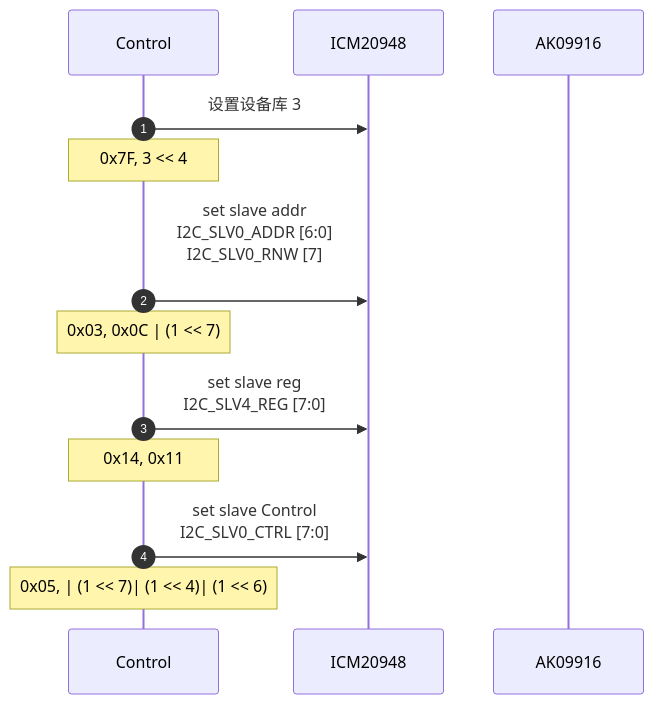
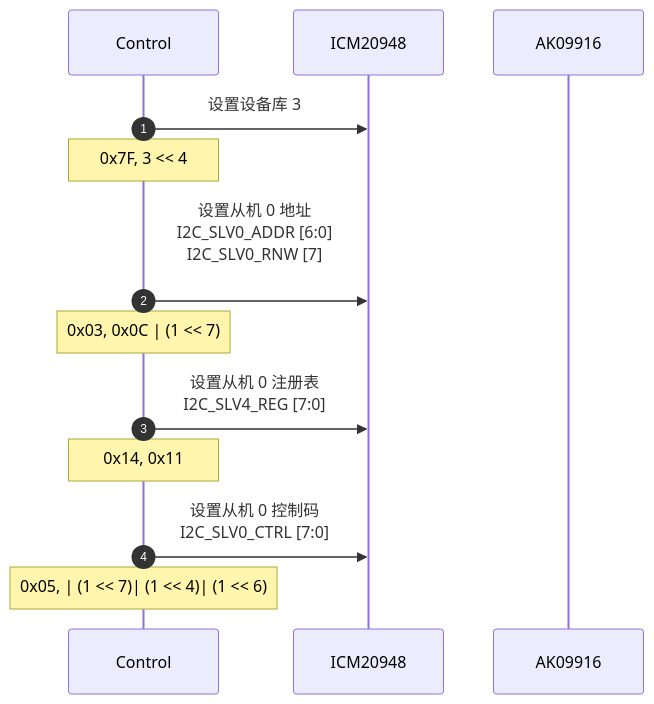
One commit to hkdickyko/hkdickyko.github.io changed the seventh of 7 diagrams in _posts/2025-04-06-mdchart.md. Above: the diagram before and after it, drawn with Mermaid. The commit also changed other lines of this file, not shown here.

```diff
--- a/_posts/2025-04-06-mdchart.md
+++ b/_posts/2025-04-06-mdchart.md
@@ -367,15 +370,15 @@
 <div class="mermaid">
 sequenceDiagram;
    autonumber;
    participant C as Control;
    participant I as ICM20948;
    participant A as AK09916; 
    C->>I: 设置设备库 3;
    note over C: 0x7F, 3 << 4;
-   C->>I: set slave addr<br/>I2C_SLV0_ADDR [6:0]<br/>I2C_SLV0_RNW [7]<br/>;
+   C->>I: 设置从机 0 地址<br/>I2C_SLV0_ADDR [6:0]<br/>I2C_SLV0_RNW [7]<br/>;
    note over C: 0x03, 0x0C | (1 << 7);
-   C->>I: set slave reg<br/>I2C_SLV4_REG [7:0];
+   C->>I: 设置从机 0 注册表<br/>I2C_SLV4_REG [7:0];
    note over C: 0x14, 0x11;
-   C->>I: set slave  Control<br/>I2C_SLV0_CTRL [7:0];
+   C->>I: 设置从机 0 控制码<br/>I2C_SLV0_CTRL [7:0];
    note over C: 0x05, | (1 << 7)| (1 << 4)| (1 << 6);
 </div>
```
